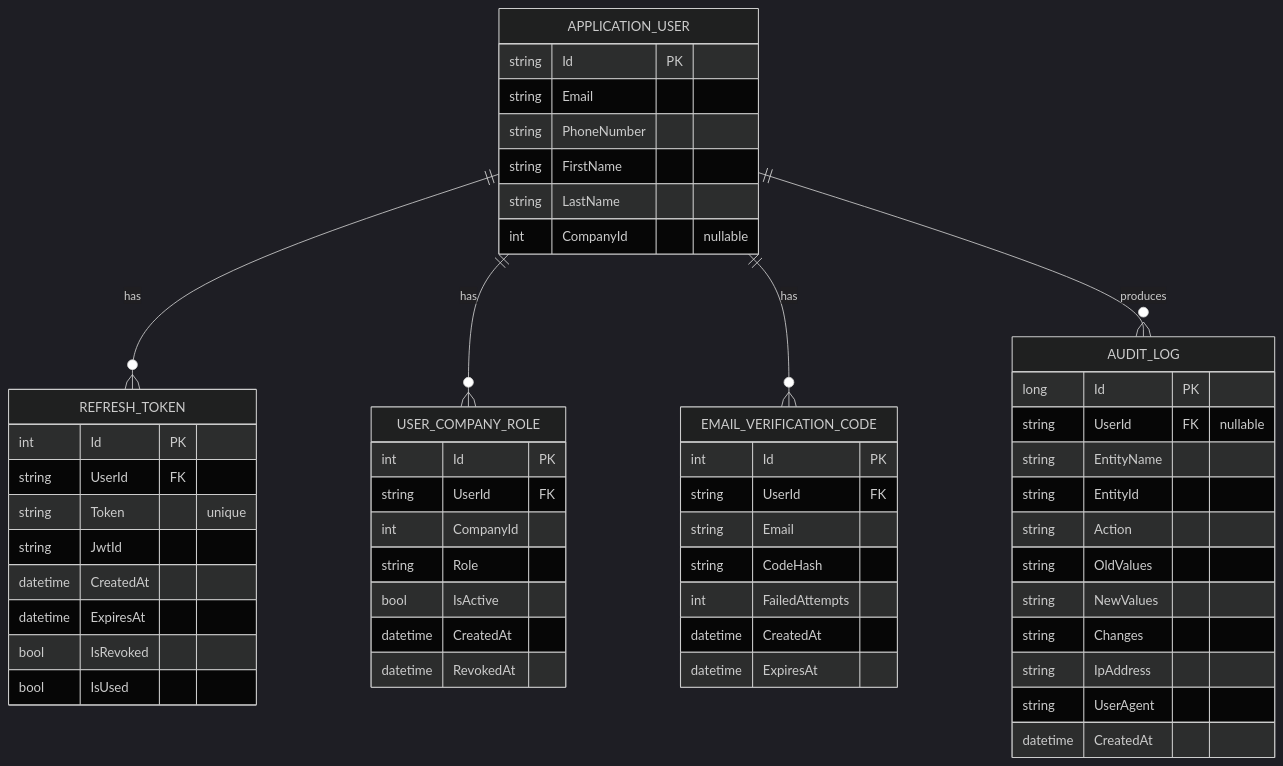
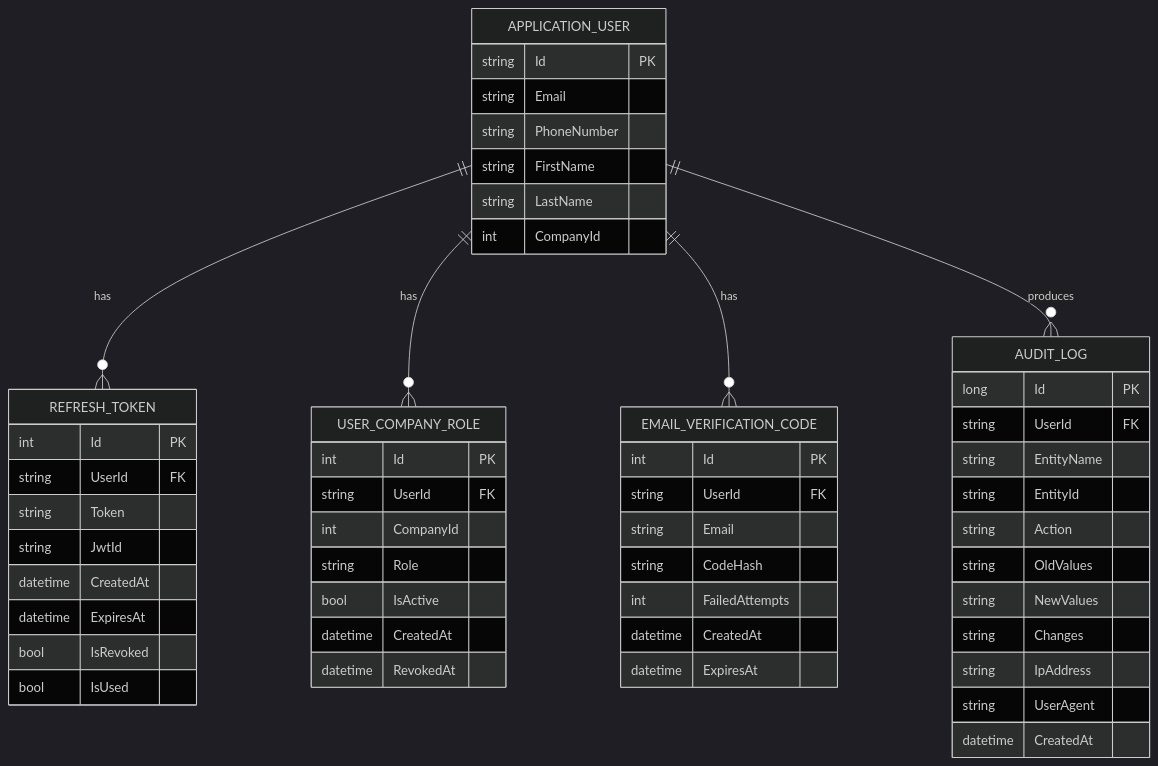
Before and after one commit to BitKitsu/Rezerwuj-to: the fourth of 5 diagrams in README.md, drawn with Mermaid (dark theme). The commit also changed other lines of this file, not shown here.

Commit message:
fix(README): Mermaid Fix

````diff
--- a/README.md
+++ b/README.md
@@ -250,61 +265,61 @@
 ```mermaid
 erDiagram
   APPLICATION_USER ||--o{ REFRESH_TOKEN : has
   APPLICATION_USER ||--o{ USER_COMPANY_ROLE : has
   APPLICATION_USER ||--o{ EMAIL_VERIFICATION_CODE : has
   APPLICATION_USER ||--o{ AUDIT_LOG : produces
 
   APPLICATION_USER {
     string Id PK
     string Email
     string PhoneNumber
     string FirstName
     string LastName
-    int CompanyId "nullable"
+    int CompanyId
   }
 
   REFRESH_TOKEN {
     int Id PK
     string UserId FK
-    string Token "unique"
+    string Token
     string JwtId
     datetime CreatedAt
     datetime ExpiresAt
     bool IsRevoked
     bool IsUsed
   }
 
   USER_COMPANY_ROLE {
     int Id PK
     string UserId FK
     int CompanyId
     string Role
     bool IsActive
     datetime CreatedAt
     datetime RevokedAt
   }
 
   EMAIL_VERIFICATION_CODE {
     int Id PK
     string UserId FK
     string Email
     string CodeHash
     int FailedAttempts
     datetime CreatedAt
     datetime ExpiresAt
   }
 
   AUDIT_LOG {
     long Id PK
-    string UserId FK "nullable"
+    string UserId FK
     string EntityName
     string EntityId
     string Action
     string OldValues
     string NewValues
     string Changes
     string IpAddress
     string UserAgent
     datetime CreatedAt
   }
 ```
````
